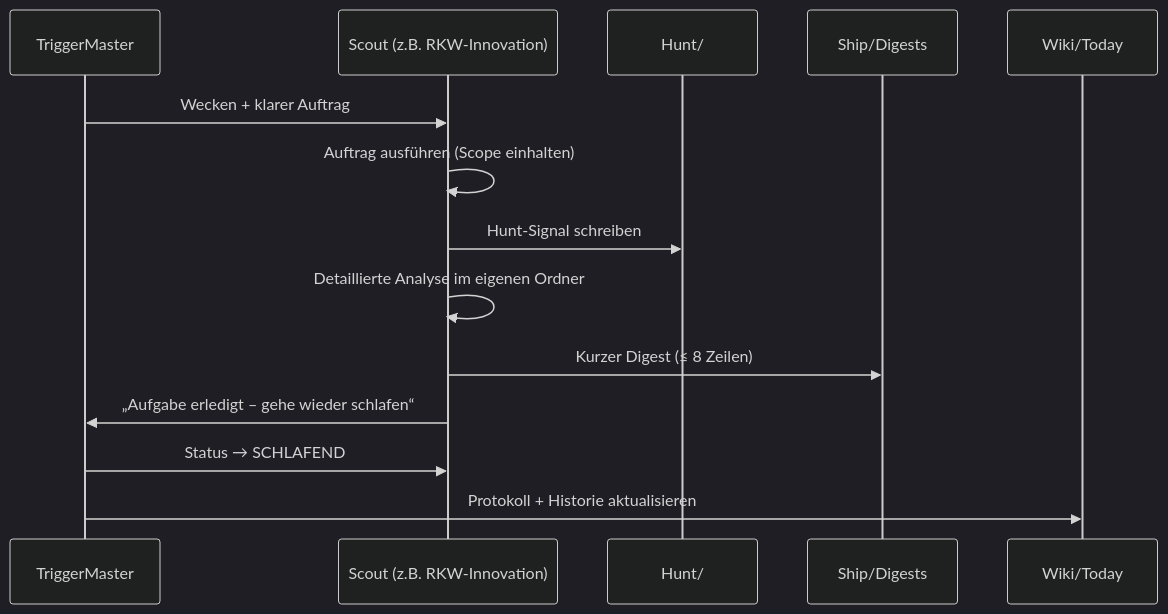
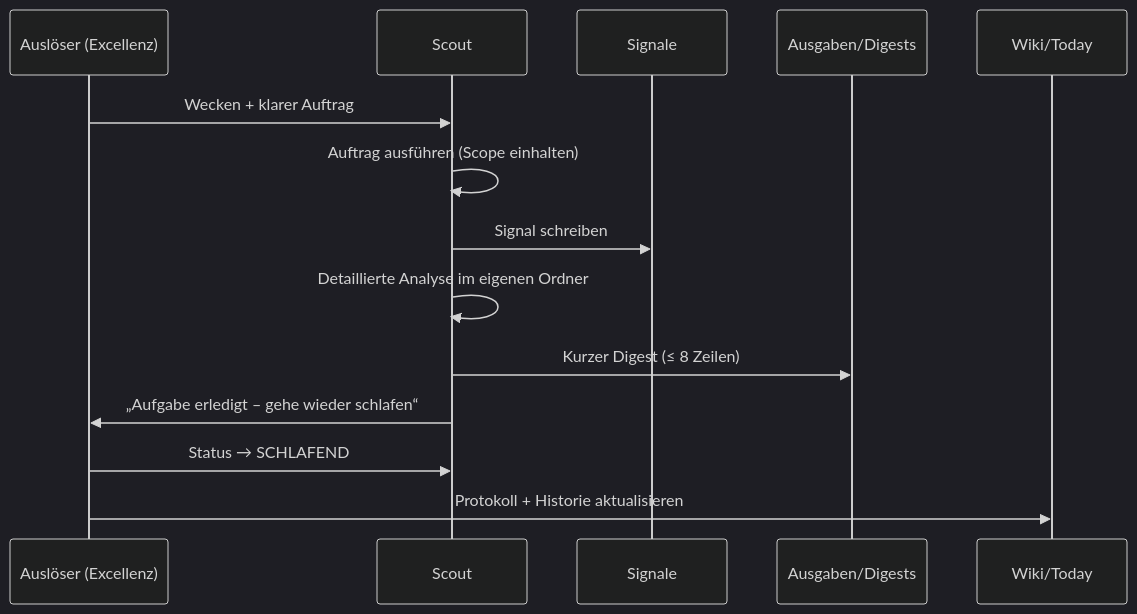
Before and after one commit to Rosary-mom/worldmonitor: the diagram in public/rosary-atlas/01-Haupt-Loop.md, drawn with Mermaid (dark theme). The commit also changed other lines of this file and 5 other files, not shown here.

````diff
--- a/public/rosary-atlas/01-Haupt-Loop.md
+++ b/public/rosary-atlas/01-Haupt-Loop.md
@@ -3,17 +3,17 @@
 ```mermaid
 sequenceDiagram
-    participant TM as TriggerMaster
-    participant Scout as Scout (z.B. RKW-Innovation)
-    participant Hunt as Hunt/
-    participant Ship as Ship/Digests
+    participant TM as Auslöser (Excellenz)
+    participant Scout as Scout
+    participant Sig as Signale
+    participant Ship as Ausgaben/Digests
     participant Wiki as Wiki/Today
 
     TM->>Scout: Wecken + klarer Auftrag
     Scout->>Scout: Auftrag ausführen (Scope einhalten)
-    Scout->>Hunt: Hunt-Signal schreiben
+    Scout->>Sig: Signal schreiben
     Scout->>Scout: Detaillierte Analyse im eigenen Ordner
     Scout->>Ship: Kurzer Digest (≤ 8 Zeilen)
     Scout->>TM: „Aufgabe erledigt – gehe wieder schlafen“
     TM->>Scout: Status → SCHLAFEND
     TM->>Wiki: Protokoll + Historie aktualisieren
 ```
````
